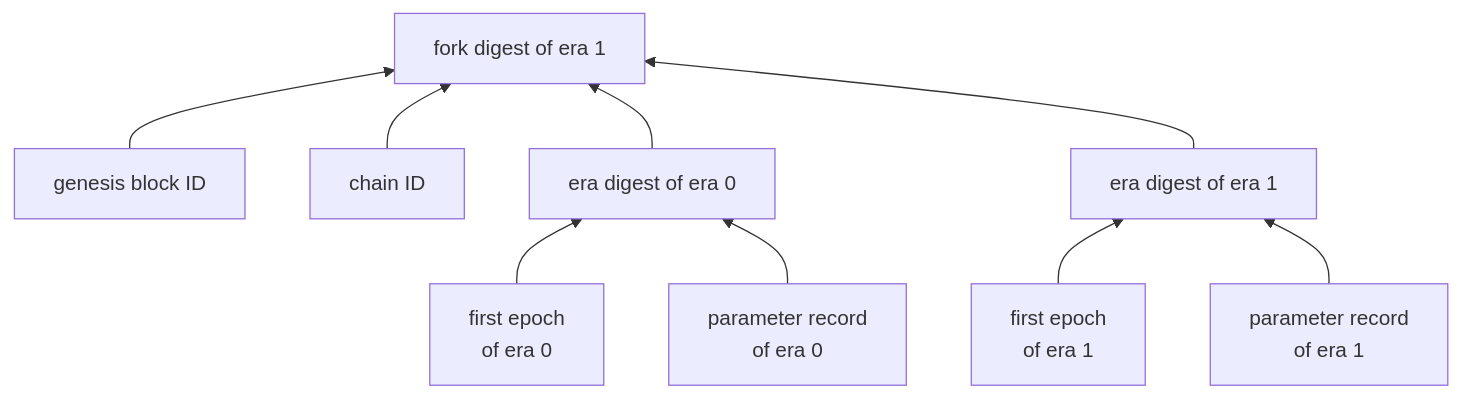
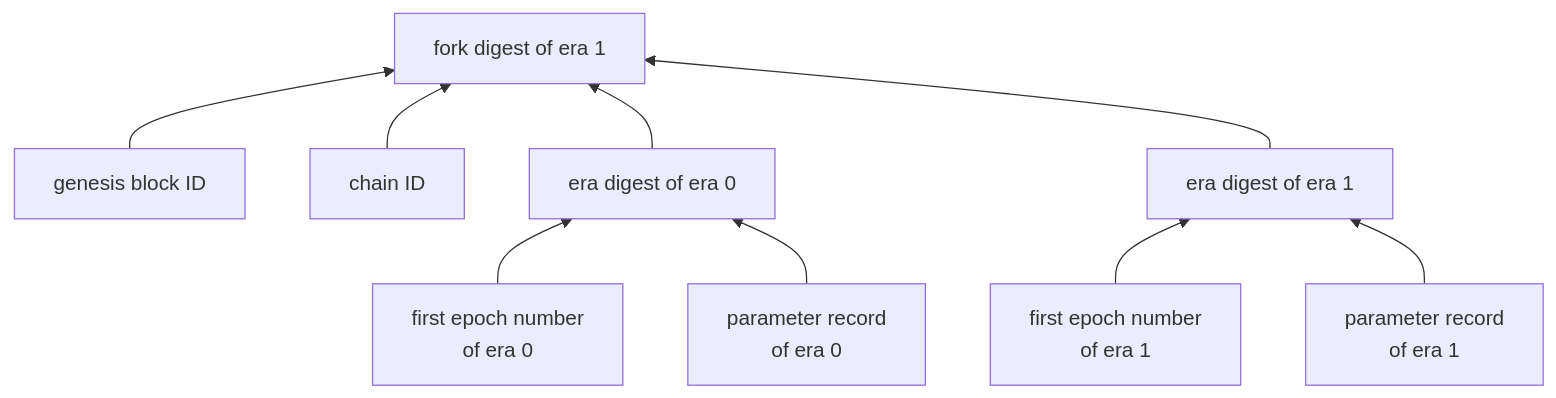
One commit to logos-co/logos-lips changed the fifth of 7 diagrams in docs/blockchain/raw/bedrock-eras.md. Above: the diagram before and after it, drawn with Mermaid. The commit also changed other lines of this file, not shown here.

````diff
--- a/docs/blockchain/raw/bedrock-eras.md
+++ b/docs/blockchain/raw/bedrock-eras.md
@@ -188,16 +188,16 @@
 ```mermaid
 ---
 config:
   flowchart:
     wrappingWidth: 260
 ---
 flowchart BT
     g["genesis block ID"] --> f["fork digest of era 1"]
     c["chain ID"] --> f
     d0["era digest of era 0"] --> f
     d1["era digest of era 1"] --> f
-    e0["first epoch<br/>of era 0"] --> d0
+    e0["first epoch number<br/>of era 0"] --> d0
     p0["parameter record<br/>of era 0"] --> d0
-    e1["first epoch<br/>of era 1"] --> d1
+    e1["first epoch number<br/>of era 1"] --> d1
     p1["parameter record<br/>of era 1"] --> d1
 ```
````
